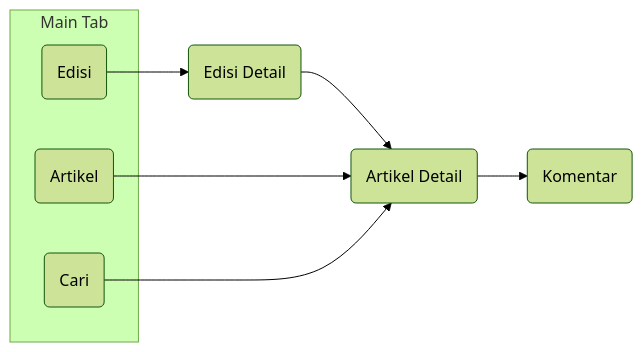
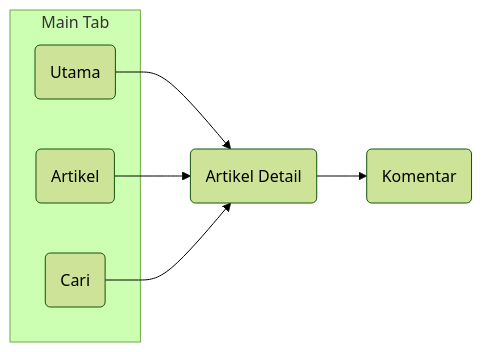
Before and after one commit to 100nandoo/Pillar: the diagram in docs/screen.md, drawn with Mermaid (forest theme). The commit also changed 22 other files, not shown here.

Commit message:
Change edisi to utama screen

````diff
--- a/docs/screen.md
+++ b/docs/screen.md
@@ -2,19 +2,17 @@
 ``` mermaid
 graph LR
   subgraph Main Tab
     A
     C
     E
   end
-  A --> B
-  B --> D
+  A --> D
   C --> D
   E --> D
   D --> F
-  A(Edisi)
-  B(Edisi Detail)
+  A(Utama)
   C(Artikel)
   D(Artikel Detail)
   E(Cari)
   F(Komentar)
 ```
````
